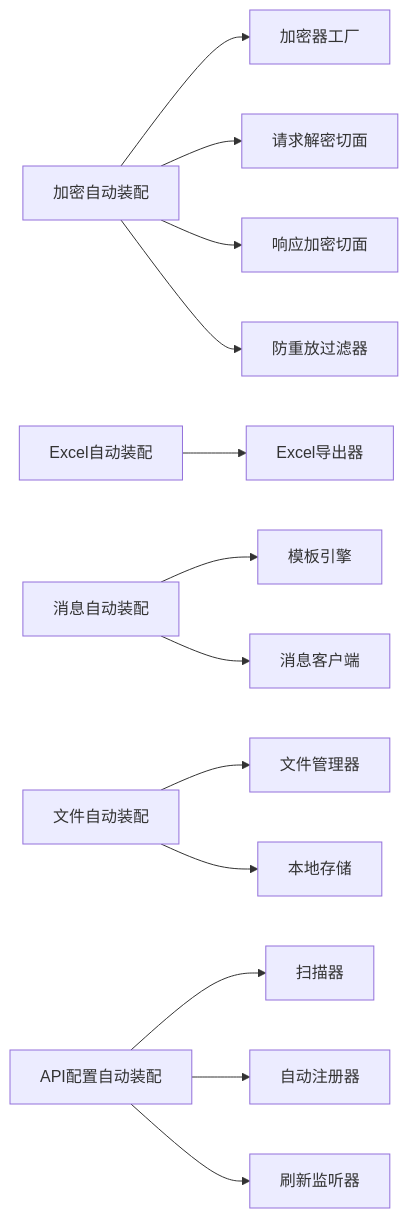
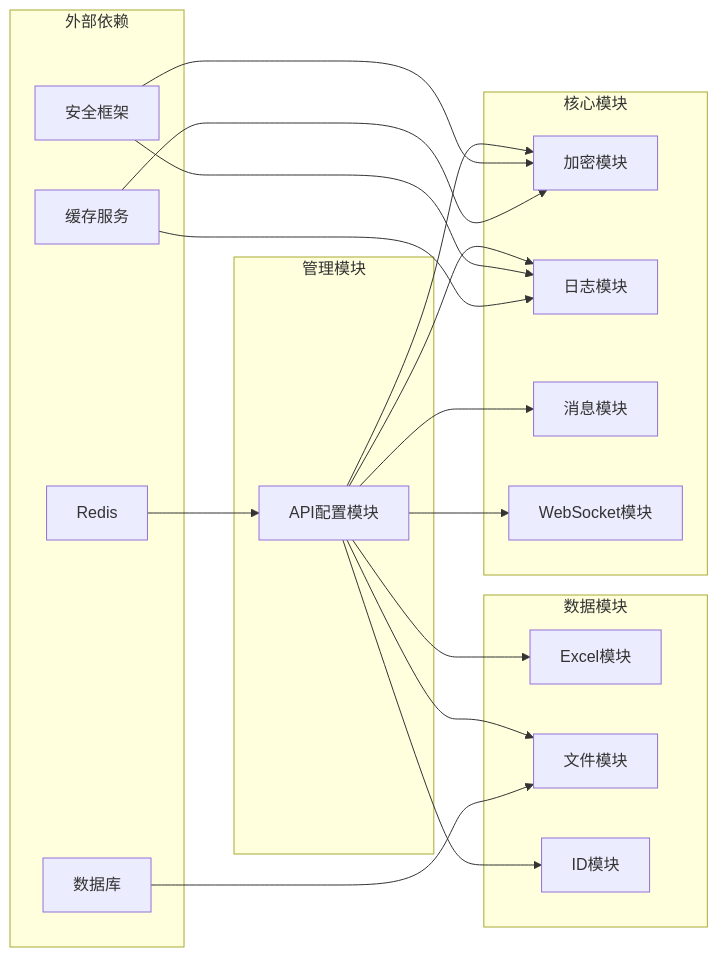
The third of 3 diagrams in .qoder/repowiki/zh/content/后端框架详解/专用功能模块/专用功能模块.md (yaomindong1996/forge-admin), drawn with Mermaid before and after one commit. The commit also changed other lines of this file and 76 other files, not shown here.

````diff
--- a/.qoder/repowiki/zh/content/后端框架详解/专用功能模块/专用功能模块.md
+++ b/.qoder/repowiki/zh/content/后端框架详解/专用功能模块/专用功能模块.md
@@ -404,15 +499,36 @@
 ```mermaid
 graph LR
-CAC["加密自动装配"] --> ENC["加密器工厂"]
-CAC --> DEC["请求解密切面"]
-CAC --> ENC_RES["响应加密切面"]
-CAC --> RAF["防重放过滤器"]
-EAC["Excel自动装配"] --> EX["Excel导出器"]
-MAC["消息自动装配"] --> MTE["模板引擎"]
-MAC --> MC["消息客户端"]
-FAC["文件自动装配"] --> FM["文件管理器"]
-FAC --> LFS["本地存储"]
-AAC["API配置自动装配"] --> ACS["扫描器"]
-AAC --> ACR["自动注册器"]
-AAC --> ACRF["刷新监听器"]
+subgraph "外部依赖"
+Cache["缓存服务"]
+Redis["Redis"]
+DB["数据库"]
+Security["安全框架"]
+end
+subgraph "核心模块"
+Crypto["加密模块"]
+Log["日志模块"]
+Message["消息模块"]
+WS["WebSocket模块"]
+end
+subgraph "数据模块"
+Excel["Excel模块"]
+File["文件模块"]
+ID["ID模块"]
+end
+subgraph "管理模块"
+API["API配置模块"]
+end
+Cache --> Crypto
+Cache --> Log
+Redis --> API
+DB --> File
+Security --> Crypto
+Security --> Log
+API --> Crypto
+API --> Log
+API --> Message
+API --> WS
+API --> Excel
+API --> File
+API --> ID
 ```
````
